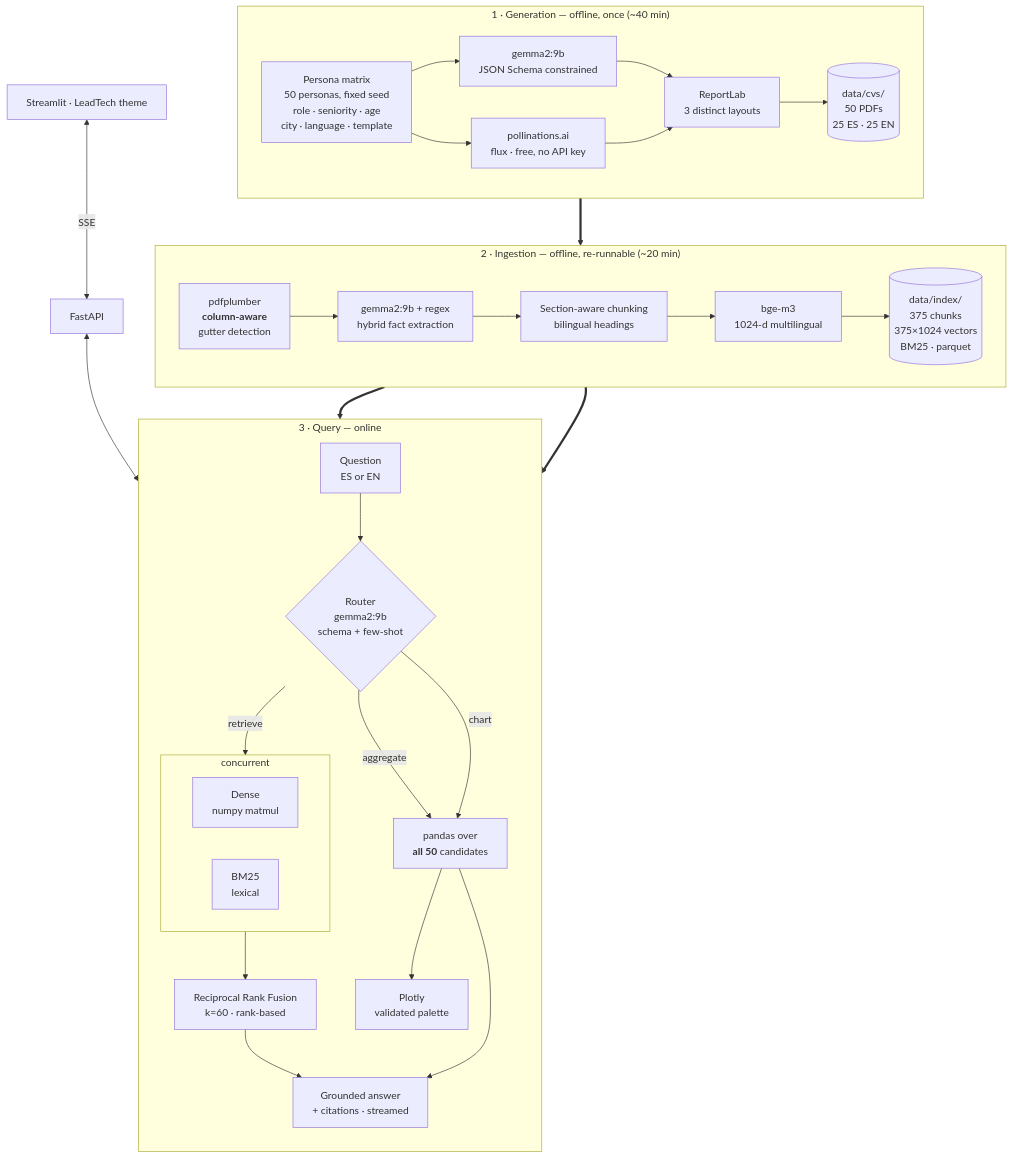
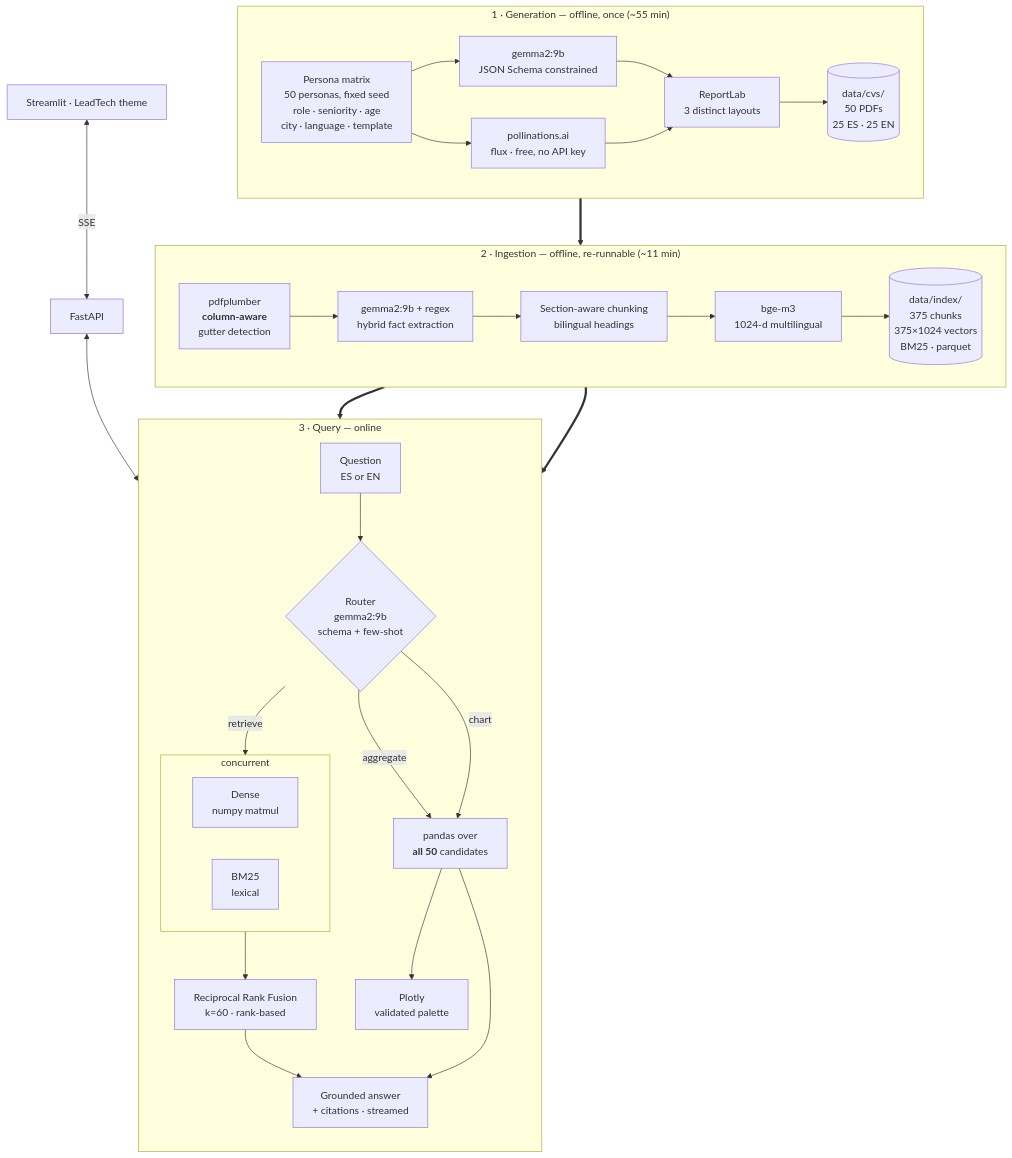
The first of 4 diagrams in docs/architecture.md (rafpacalv/AI-Full-Stack-CV-Chatbot-with-RAG), drawn with Mermaid before and after one commit. The commit also changed other lines of this file, not shown here.

First line of the commit message:
Add a mermaid diagram for each of the three workflows

````diff
--- a/docs/architecture.md
+++ b/docs/architecture.md
@@ -5,51 +7,51 @@
 ```mermaid
 flowchart TB
-    subgraph GEN["1 · Generation — offline, once (~40 min)"]
+    subgraph GEN["1 · Generation — offline, once (~55 min)"]
         direction LR
         PM["Persona matrix<br/>50 personas, fixed seed<br/>role · seniority · age<br/>city · language · template"]
         LLM1["gemma2:9b<br/>JSON Schema constrained"]
         POLL["pollinations.ai<br/>flux · free, no API key"]
         RL["ReportLab<br/>3 distinct layouts"]
         PDF[("data/cvs/<br/>50 PDFs<br/>25 ES · 25 EN")]
         PM --> LLM1 --> RL
         PM --> POLL --> RL
         RL --> PDF
     end
 
-    subgraph ING["2 · Ingestion — offline, re-runnable (~20 min)"]
+    subgraph ING["2 · Ingestion — offline, re-runnable (~11 min)"]
         direction LR
         EX["pdfplumber<br/><b>column-aware</b><br/>gutter detection"]
         EN["gemma2:9b + regex<br/>hybrid fact extraction"]
         CH["Section-aware chunking<br/>bilingual headings"]
         EMB["bge-m3<br/>1024-d multilingual"]
         IDX[("data/index/<br/>375 chunks<br/>375×1024 vectors<br/>BM25 · parquet")]
         EX --> EN --> CH --> EMB --> IDX
     end
 
     subgraph QRY["3 · Query — online"]
         direction TB
         Q["Question<br/>ES or EN"]
         R{"Router<br/>gemma2:9b<br/>schema + few-shot"}
         subgraph PAR[" concurrent "]
             direction LR
             DENSE["Dense<br/>numpy matmul"]
             BM["BM25<br/>lexical"]
         end
         RRF["Reciprocal Rank Fusion<br/>k=60 · rank-based"]
         AGG["pandas over<br/><b>all 50</b> candidates"]
         ANS["Grounded answer<br/>+ citations · streamed"]
         CHART["Plotly<br/>validated palette"]
 
         Q --> R
         R -->|retrieve| PAR --> RRF --> ANS
         R -->|aggregate| AGG --> ANS
         R -->|chart| AGG --> CHART
     end
 
     PDF ==> EX
     IDX ==> PAR
     IDX ==> AGG
 
     UI["Streamlit · LeadTech theme"] <-->|SSE| API["FastAPI"]
     API <--> QRY
 ```
````
